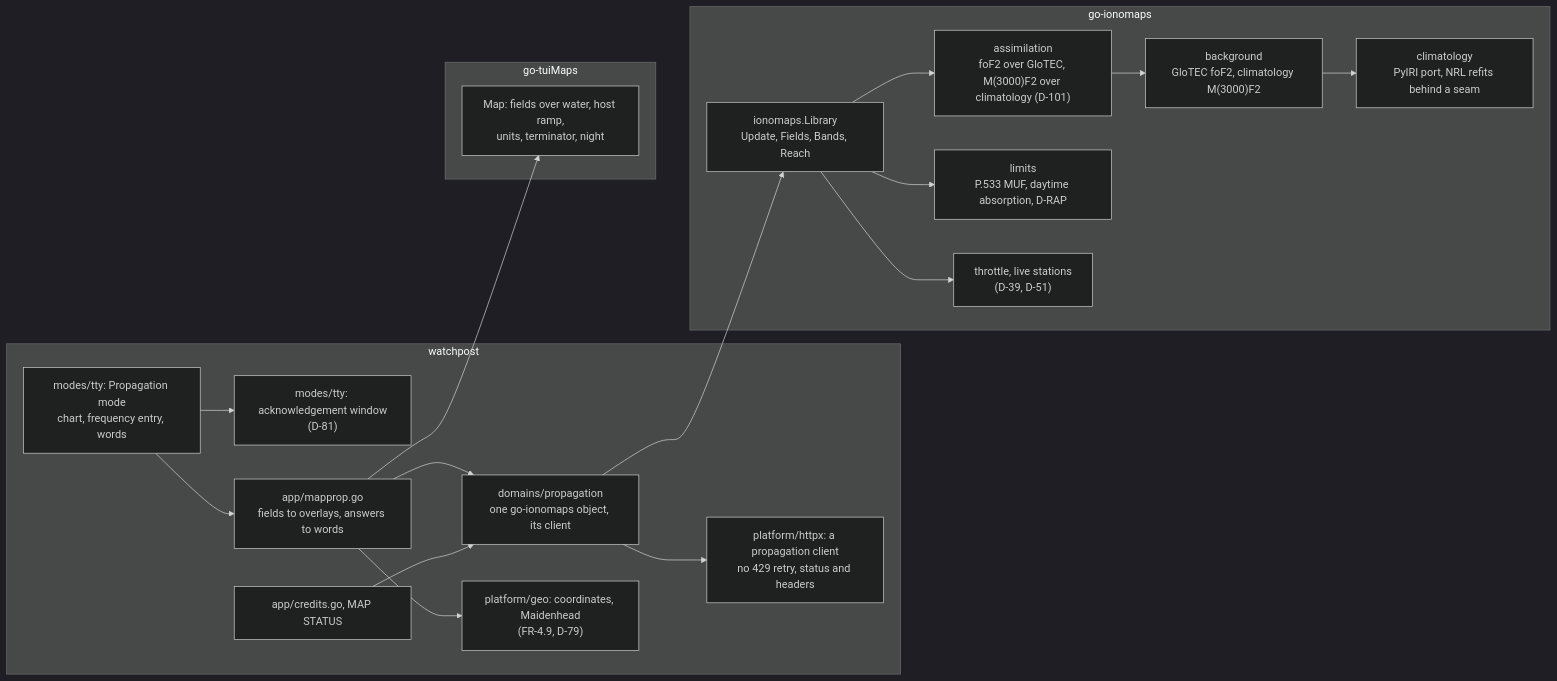
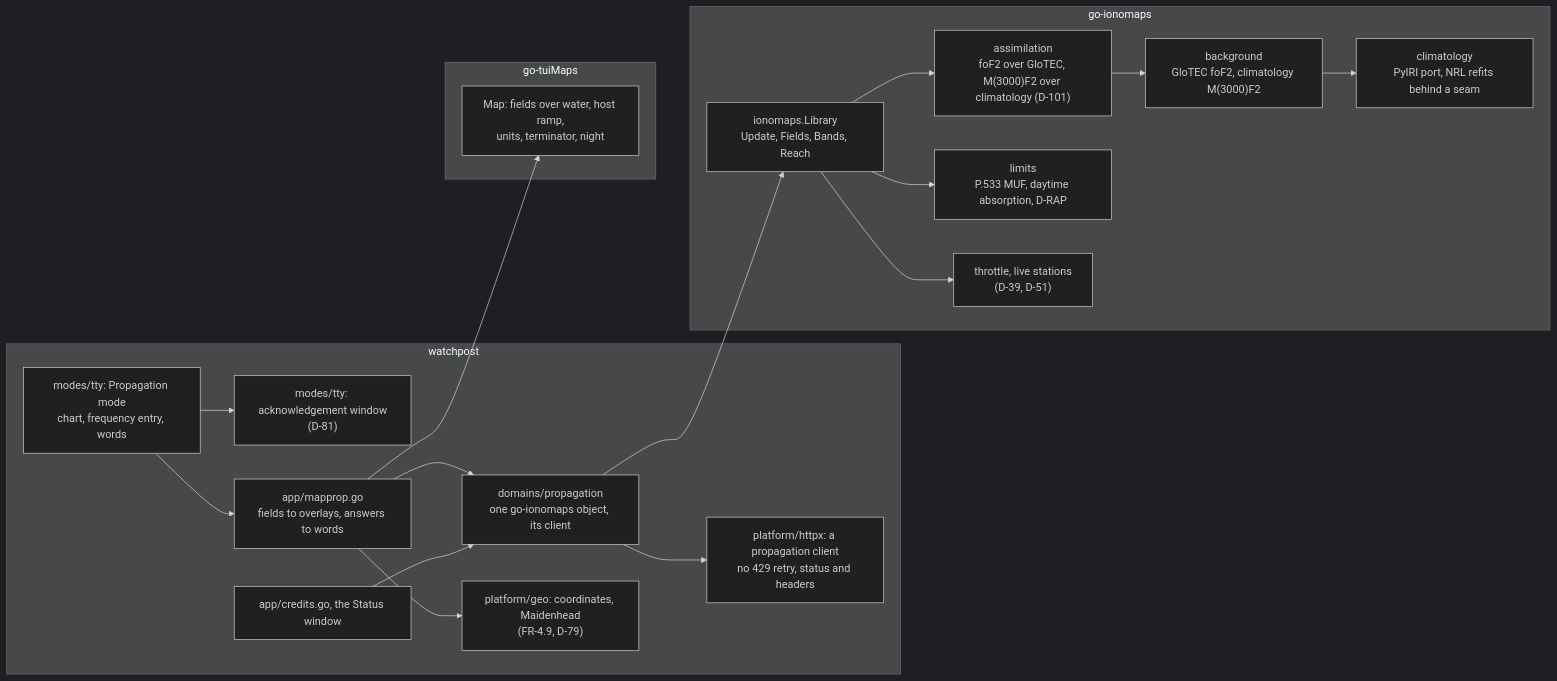
Before and after one commit to branden-thompson/watchpost: the first of 2 diagrams in 06_docs/02_features/propagation-overlays/03-architecture-design/architecture.md, drawn with Mermaid (dark theme). The commit also changed other lines of this file and 43 other files, not shown here.

First line of the commit message:
Batch 15: the Status window by what each host serves (D-168 to D-170)

````diff
--- a/06_docs/02_features/propagation-overlays/03-architecture-design/architecture.md
+++ b/06_docs/02_features/propagation-overlays/03-architecture-design/architecture.md
@@ -30,35 +30,35 @@
 ```mermaid
 flowchart LR
   subgraph watchpost
     MODE["modes/tty: Propagation mode<br/>chart, frequency entry, words"]
     ACK["modes/tty: acknowledgement window<br/>(D-81)"]
     APP["app/mapprop.go<br/>fields to overlays, answers to words"]
     DOM["domains/propagation<br/>one go-ionomaps object, its client"]
     GEO["platform/geo: coordinates, Maidenhead<br/>(FR-4.9, D-79)"]
     HTTPX["platform/httpx: a propagation client<br/>no 429 retry, status and headers"]
-    CRED["app/credits.go, MAP STATUS"]
+    CRED["app/credits.go, the Status window"]
   end
   subgraph go-ionomaps
     LIB["ionomaps.Library<br/>Update, Fields, Bands, Reach"]
     ASSIM["assimilation<br/>foF2 over GloTEC, M(3000)F2 over climatology (D-101)"]
     BG["background<br/>GloTEC foF2, climatology M(3000)F2"]
     CLIM["climatology<br/>PyIRI port, NRL refits behind a seam"]
     LIM["limits<br/>P.533 MUF, daytime absorption, D-RAP"]
     THR["throttle, live stations<br/>(D-39, D-51)"]
   end
   subgraph go-tuiMaps
     MAP["Map: fields over water, host ramp,<br/>units, terminator, night"]
   end
   MODE --> ACK
   MODE --> APP
   APP --> DOM
   APP --> MAP
   APP --> GEO
   DOM --> LIB
   DOM --> HTTPX
   LIB --> ASSIM --> BG
   BG --> CLIM
   LIB --> LIM
   LIB --> THR
   CRED --> DOM
 ```
````
